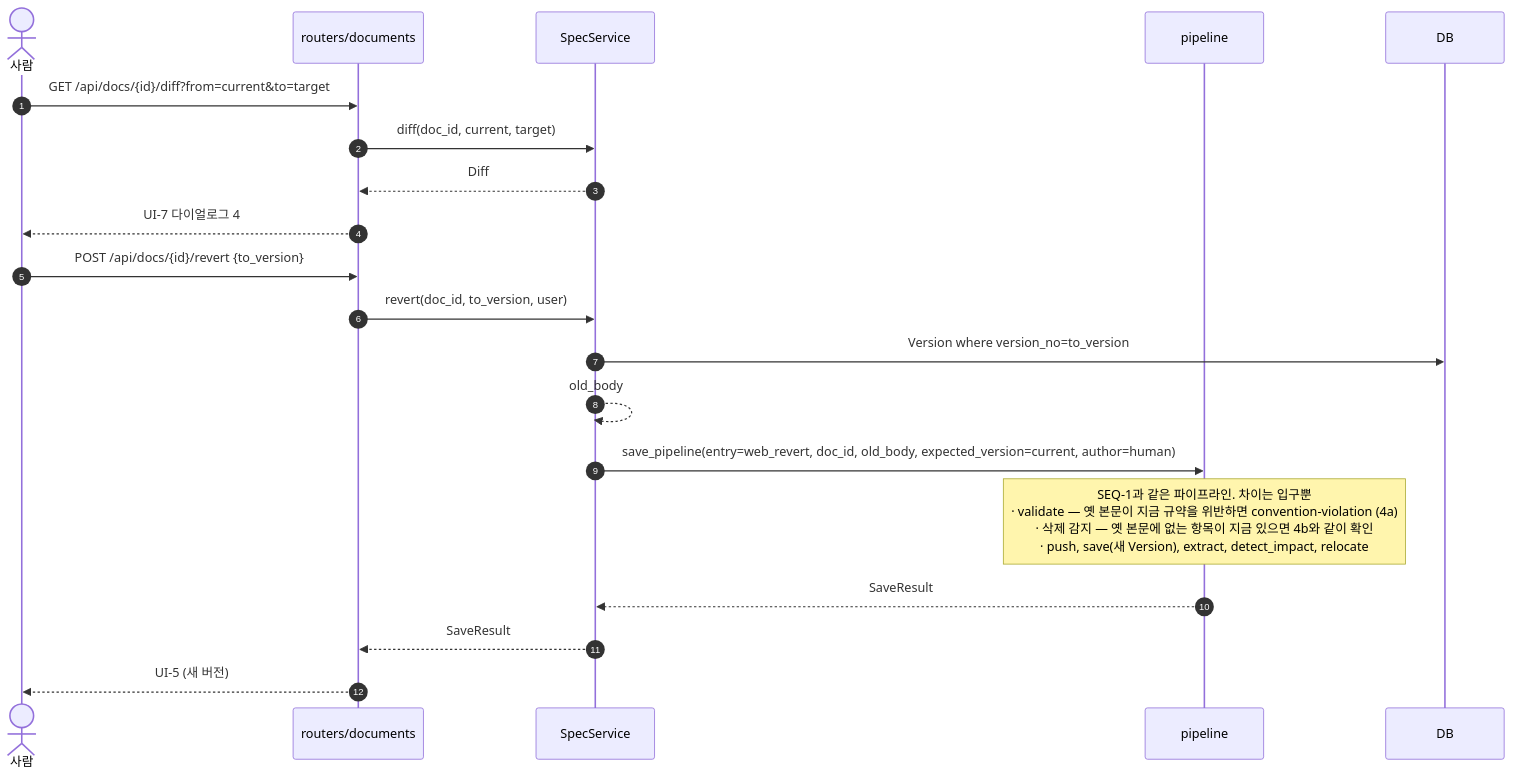
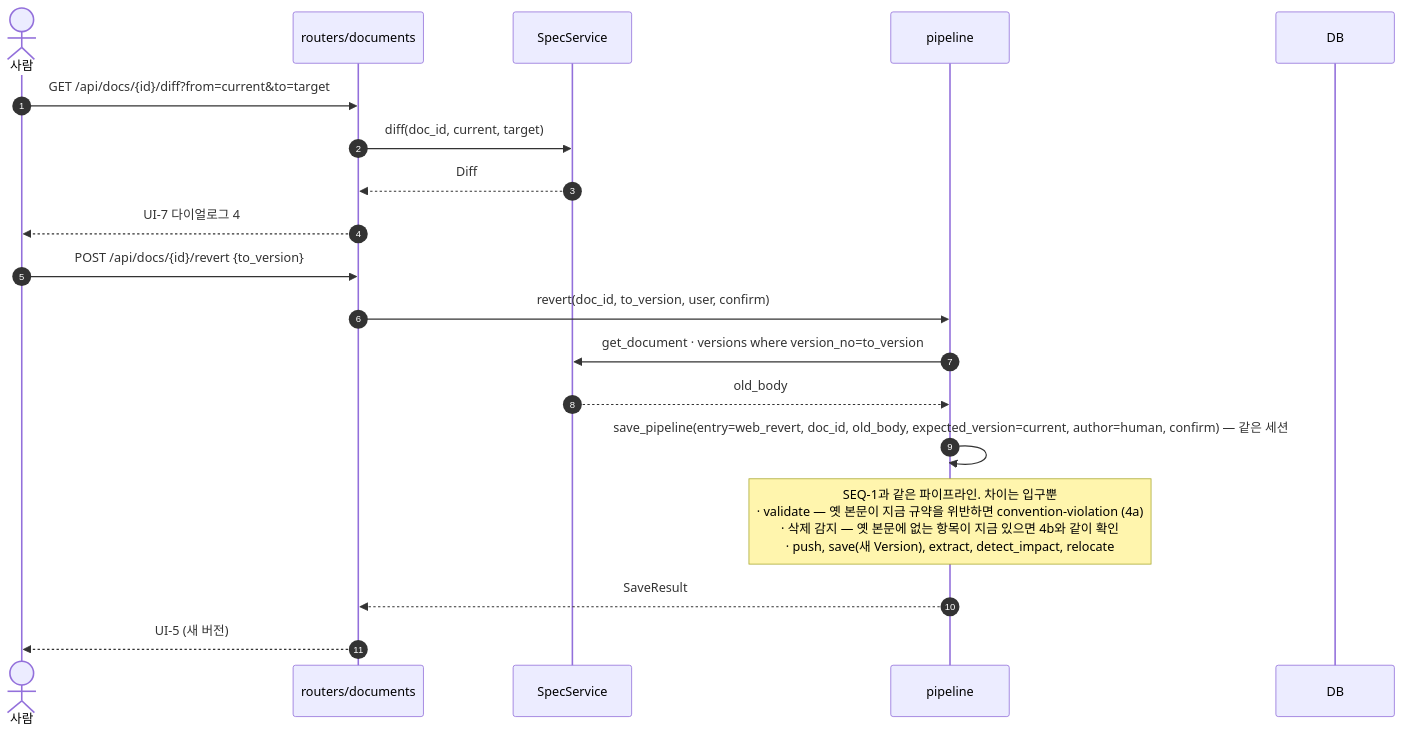
The seventh of 23 diagrams in docs/specs/SEQ/SYNC-SEQ-001.md (HoyoungParkme/syncdoc), drawn with Mermaid before and after one commit. The commit also changed other lines of this file, not shown here.

````diff
--- a/docs/specs/SEQ/SYNC-SEQ-001.md
+++ b/docs/specs/SEQ/SYNC-SEQ-001.md
@@ -496,24 +496,23 @@
 ```mermaid
 sequenceDiagram
     autonumber
     actor U as 사람
     participant RD as routers/documents
     participant S as SpecService
     participant P as pipeline
     participant DB
 
     U->>RD: GET /api/docs/{id}/diff?from=current&to=target
     RD->>S: diff(doc_id, current, target)
     S-->>RD: Diff
     RD-->>U: UI-7 다이얼로그 4
 
     U->>RD: POST /api/docs/{id}/revert {to_version}
-    RD->>S: revert(doc_id, to_version, user)
-    S->>DB: Version where version_no=to_version
-    S-->>S: old_body
-    S->>P: save_pipeline(entry=web_revert, doc_id, old_body, expected_version=current, author=human)
+    RD->>P: revert(doc_id, to_version, user, confirm)
+    P->>S: get_document · versions where version_no=to_version
+    S-->>P: old_body
+    P->>P: save_pipeline(entry=web_revert, doc_id, old_body, expected_version=current, author=human, confirm) — 같은 세션
     Note over P: SEQ-1과 같은 파이프라인. 차이는 입구뿐<br/>· validate — 옛 본문이 지금 규약을 위반하면 convention-violation (4a)<br/>· 삭제 감지 — 옛 본문에 없는 항목이 지금 있으면 4b와 같이 확인<br/>· push, save(새 Version), extract, detect_impact, relocate
-    P-->>S: SaveResult
-    S-->>RD: SaveResult
+    P-->>RD: SaveResult
     RD-->>U: UI-5 (새 버전)
 ```
````
